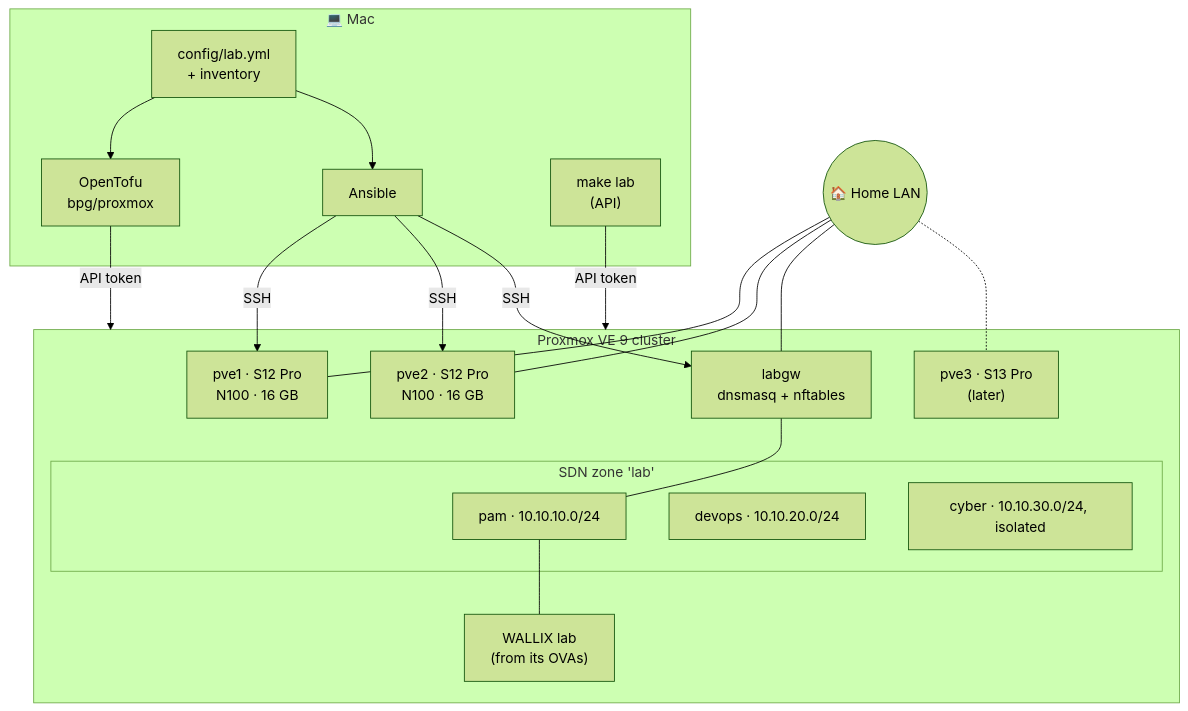
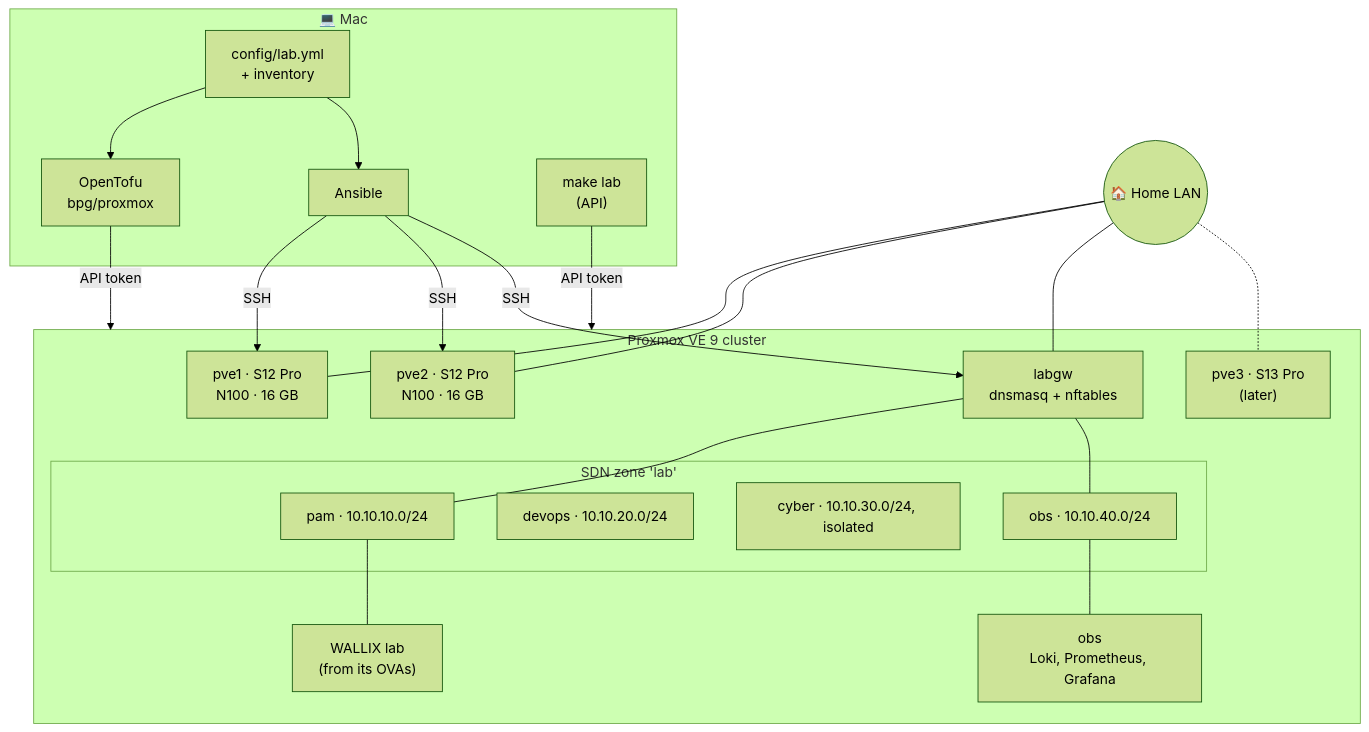
One commit to morandeirachema/Lab changed the diagram in README.md. Above: the diagram before and after it, drawn with Mermaid (forest theme). The commit also changed other lines of this file and 6 other files, not shown here.

````diff
--- a/README.md
+++ b/README.md
@@ -34,35 +34,38 @@
 ```mermaid
 flowchart TB
   subgraph mac["💻 Mac"]
     yml["config/lab.yml<br/>+ inventory"]
     tofu["OpenTofu<br/>bpg/proxmox"]
     ans["Ansible"]
     ctl["make lab<br/>(API)"]
     yml --> tofu
     yml --> ans
   end
 
   subgraph cluster["Proxmox VE 9 cluster"]
     pve1["pve1 · S12 Pro<br/>N100 · 16 GB"]
     pve2["pve2 · S12 Pro<br/>N100 · 16 GB"]
     pve3["pve3 · S13 Pro<br/>(later)"]
     subgraph sdn["SDN zone 'lab'"]
       pam["pam · 10.10.10.0/24"]
       devops["devops · 10.10.20.0/24"]
       cyber["cyber · 10.10.30.0/24, isolated"]
+      obsnet["obs · 10.10.40.0/24"]
     end
     labgw["labgw<br/>dnsmasq + nftables"]
     wallix["WALLIX lab<br/>(from its OVAs)"]
+    obsvm["obs<br/>Loki, Prometheus, Grafana"]
     labgw --- pam --- wallix
+    labgw --- obsnet --- obsvm
   end
 
   tofu -- "API token" --> cluster
   ctl -- "API token" --> cluster
   ans -- "SSH" --> pve1
   ans -- "SSH" --> pve2
   ans -- "SSH" --> labgw
   lan(("🏠 Home LAN")) --- pve1
   lan --- pve2
   lan --- labgw
   lan -.- pve3
 ```
````
